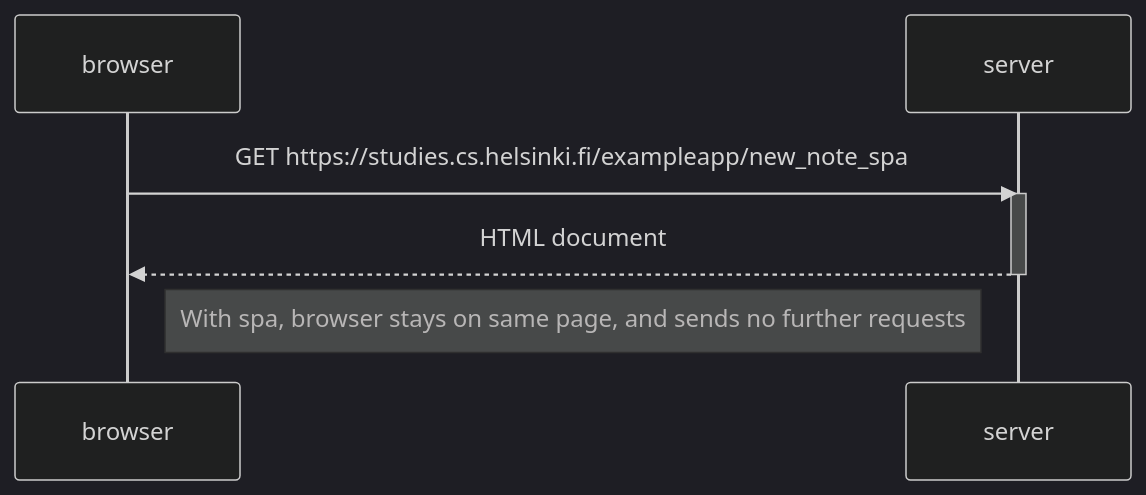
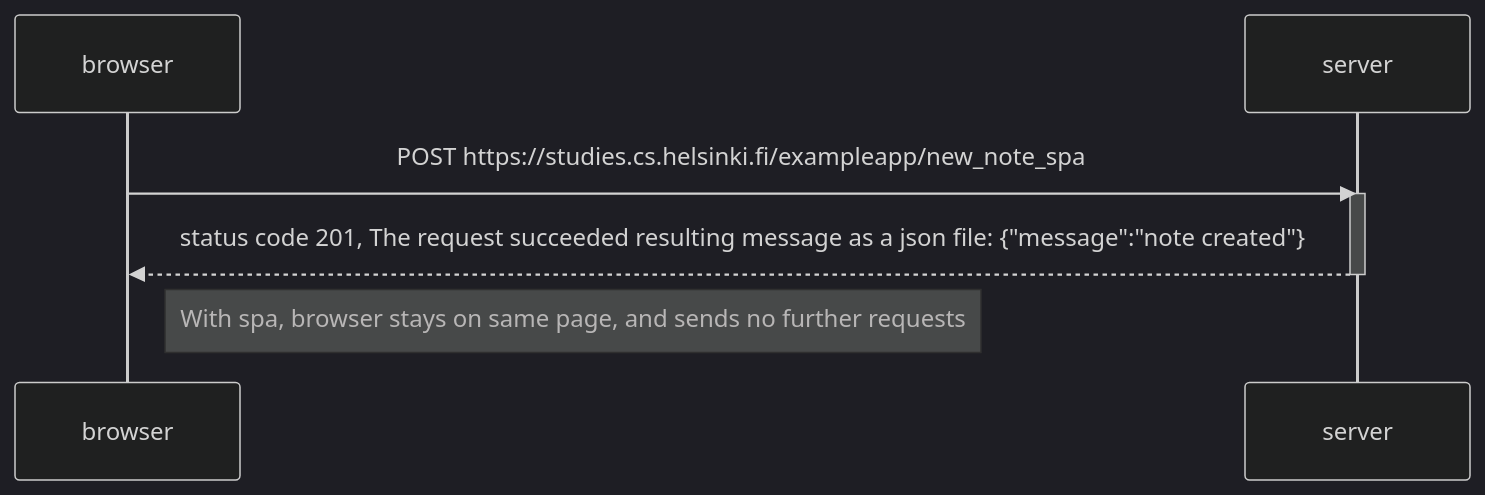
Before and after one commit to cmjoha/kaavio1: the diagram in kaavio3README.md, drawn with Mermaid (dark theme).

````diff
--- a/kaavio3README.md
+++ b/kaavio3README.md
@@ -1,13 +1,13 @@
 ```mermaid
 sequenceDiagram
     participant browser
     participant server
     
-    browser->>server: GET https://studies.cs.helsinki.fi/exampleapp/new_note_spa
+    browser->>server: POST https://studies.cs.helsinki.fi/exampleapp/new_note_spa
     activate server
-    server-->>browser: HTML document
+    server-->>browser: status code 201, The request succeeded resulting message as a json file: {"message":"note created"}
     deactivate server
 
   Note right of browser: With spa, browser stays on same page, and sends no further requests
 
 ```
````
